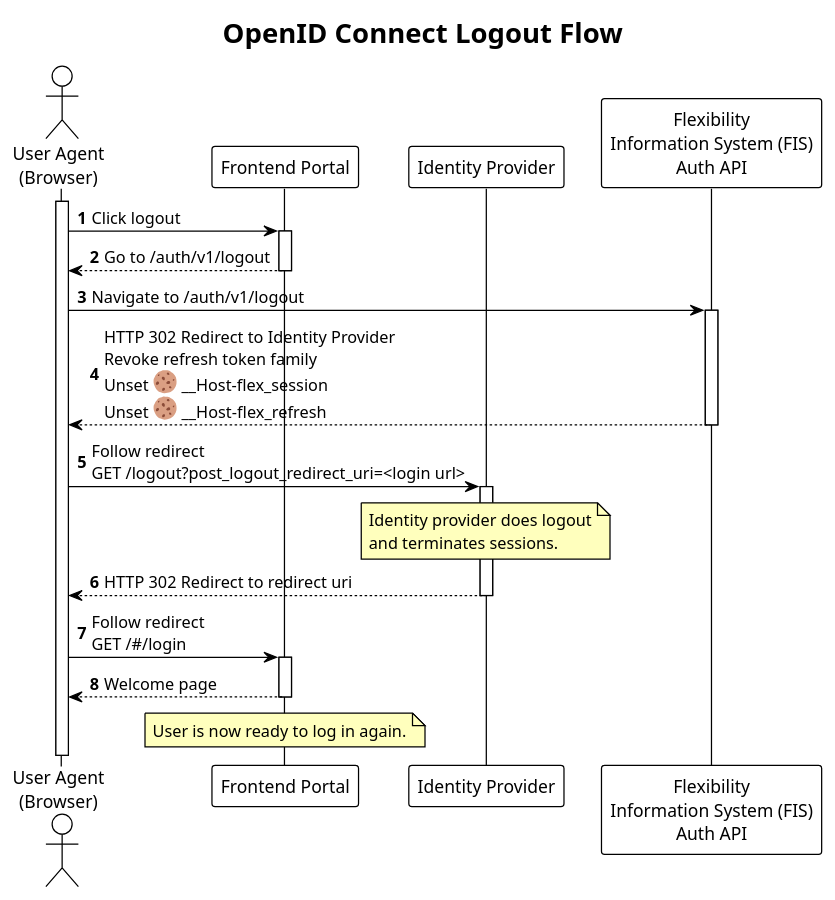
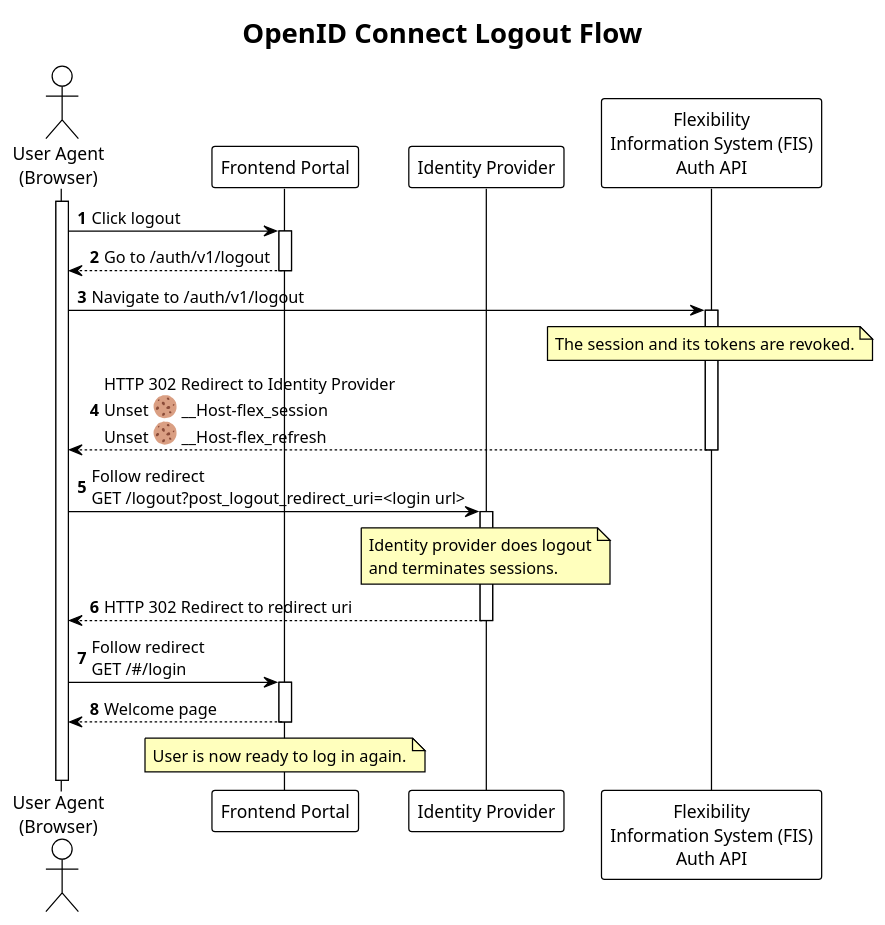
One commit to elhub/flex-information-system changed the diagram in docs-dev/diagrams/oidc_logout_sequence.plantuml. Above: the diagram before and after it, drawn with PlantUML. The commit also changed 1 other file, not shown here.

Commit message:
fix: revoke on logout diagram (FLEX-1617)

```diff
--- a/docs-dev/diagrams/oidc_logout_sequence.plantuml
+++ b/docs-dev/diagrams/oidc_logout_sequence.plantuml
@@ -1,39 +1,42 @@
 @startuml oidc_logout_sequence
 
 !theme plain
 
 title OpenID Connect Logout Flow
 
 autonumber
 autoactivate on
 
 skinparam note {
     BackgroundColor #FFFFBD
 }
 
 actor "User Agent\n(Browser)" as UA
 activate UA
 participant "Frontend Portal" as PORTAL
 participant "Identity Provider" as IDP
 participant "Flexibility\nInformation System (FIS)\nAuth API" as AUTH
 
 UA -> PORTAL: Click logout
 return Go to /auth/v1/logout
 UA -> AUTH: Navigate to /auth/v1/logout
-return HTTP 302 Redirect to Identity Provider\nRevoke refresh token family\nUnset <:cookie:> __Host-flex_session\nUnset <:cookie:> __Host-flex_refresh
+note over AUTH
+    The session and its tokens are revoked.
+end note
+return HTTP 302 Redirect to Identity Provider\nUnset <:cookie:> __Host-flex_session\nUnset <:cookie:> __Host-flex_refresh
 
 UA -> IDP: Follow redirect\nGET /logout?post_logout_redirect_uri=<login url>
 note over IDP
     Identity provider does logout
     and terminates sessions.
 end note
 return HTTP 302 Redirect to redirect uri
 
 UA -> PORTAL: Follow redirect\nGET /#/login
 return Welcome page
 
 note over PORTAL
     User is now ready to log in again.
 end note
 
 @enduml
```
